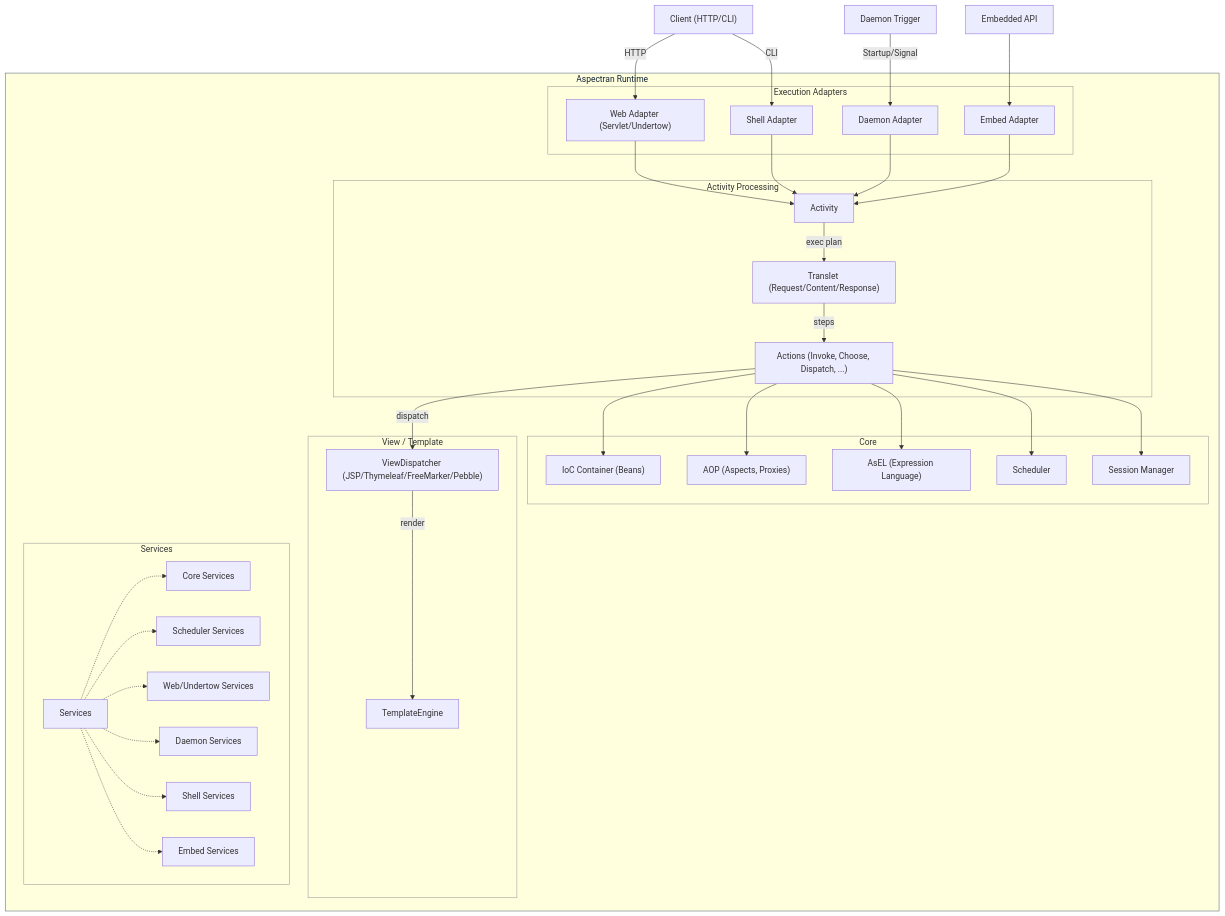
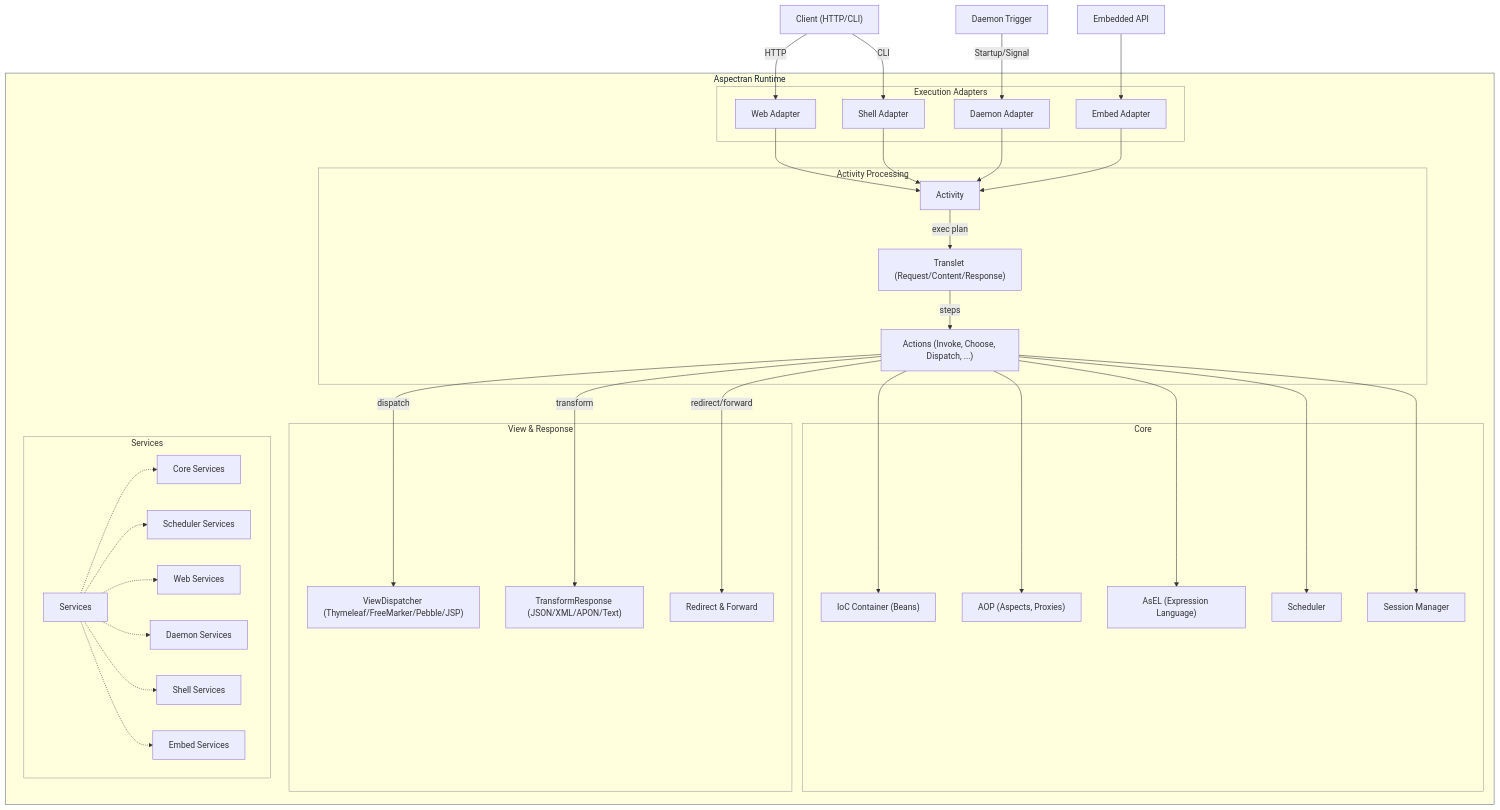
Before and after one commit to aspectran/aspectran.github.io: the second of 9 diagrams in _pages/ko/docs/guides/aspectran-architecture-diagrams.md, drawn with Mermaid. The commit also changed other lines of this file and 1 other file, not shown here.

````diff
--- a/_pages/ko/docs/guides/aspectran-architecture-diagrams.md
+++ b/_pages/ko/docs/guides/aspectran-architecture-diagrams.md
@@ -105,78 +112,80 @@
 ```mermaid
 flowchart TB
   subgraph Runtime["Aspectran Runtime"]
     subgraph Core["Core"]
       Beans["IoC Container (Beans)"]
       AOP["AOP (Aspects, Proxies)"]
       AsEL["AsEL (Expression Language)"]
       Scheduler["Scheduler"]
       SessionMgr["Session Manager"]
     end
 
     subgraph ActivityLayer["Activity Processing"]
       Activity["Activity"]
       Translet["Translet (Request/Content/Response)"]
       Actions["Actions (Invoke, Choose, Dispatch, ...)"]
     end
 
-    subgraph ViewLayer["View / Template"]
-      ViewDispatcher["ViewDispatcher (JSP/Thymeleaf/FreeMarker/Pebble)"]
-      TemplateEngine["TemplateEngine"]
+    subgraph ViewLayer["View & Response"]
+      ViewDispatcher["ViewDispatcher (Thymeleaf/FreeMarker/Pebble/JSP)"]
+      TransformResponse["TransformResponse (JSON/XML/APON/Text)"]
+      RedirectForward["Redirect & Forward"]
     end
 
     subgraph Adapters["Execution Adapters"]
-      Web["Web Adapter (Servlet/Undertow)"]
+      Web["Web Adapter"]
       Shell["Shell Adapter"]
       DaemonAdp["Daemon Adapter"]
       Embed["Embed Adapter"]
     end
 
     subgraph Services["Services"]
       ServicesHub["Services"]
       CoreSvc["Core Services"]
       SchedSvc["Scheduler Services"]
-      WebSvc["Web/Undertow Services"]
+      WebSvc["Web Services"]
       DaemonSvc["Daemon Services"]
       ShellSvc["Shell Services"]
       EmbedSvc["Embed Services"]
     end
   end
 
   Client["Client (HTTP/CLI)"]
   DaemonTrig["Daemon Trigger"]
   Embedded["Embedded API"]
 
   Client -->|HTTP| Web
   Client -->|CLI| Shell
   DaemonTrig -->|Startup/Signal| DaemonAdp
   Embedded --> Embed
 
   Web --> Activity
   Shell --> Activity
   DaemonAdp --> Activity
   Embed --> Activity
 
   Activity -->|exec plan| Translet
   Translet -->|steps| Actions
 
   Actions --> Beans
   Actions --> AsEL
   Actions --> AOP
   Actions --> SessionMgr
   Actions --> Scheduler
 
   Actions -->|dispatch| ViewDispatcher
-  ViewDispatcher -->|render| TemplateEngine
+  Actions -->|transform| TransformResponse
+  Actions -->|redirect/forward| RedirectForward
 
   ServicesHub -.-> CoreSvc
   ServicesHub -.-> SchedSvc
   ServicesHub -.-> WebSvc
   ServicesHub -.-> DaemonSvc
   ServicesHub -.-> ShellSvc
   ServicesHub -.-> EmbedSvc
 
   classDef title stroke:#567,stroke-width:1px,color:#123
   classDef group stroke:#999,stroke-width:1px
   class Core,ActivityLayer,ViewLayer,Adapters,Services group
   class Runtime title
 ```
````
